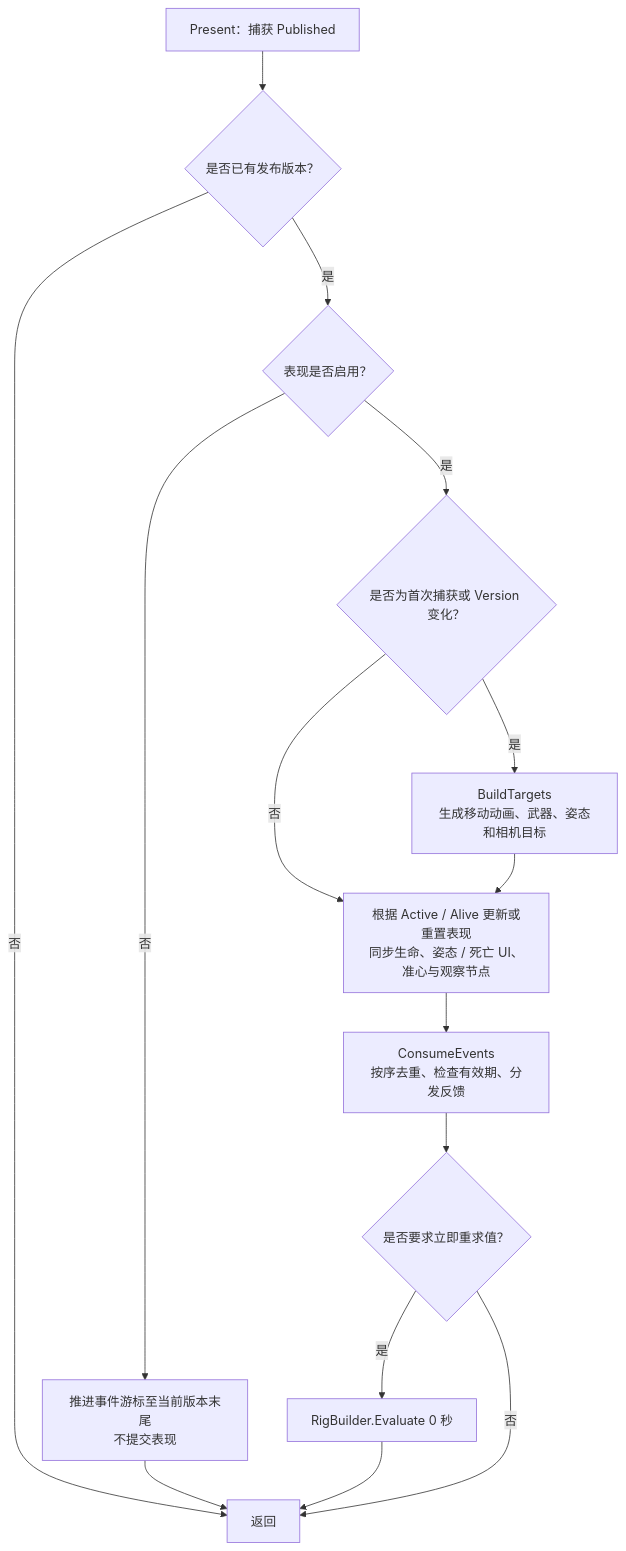
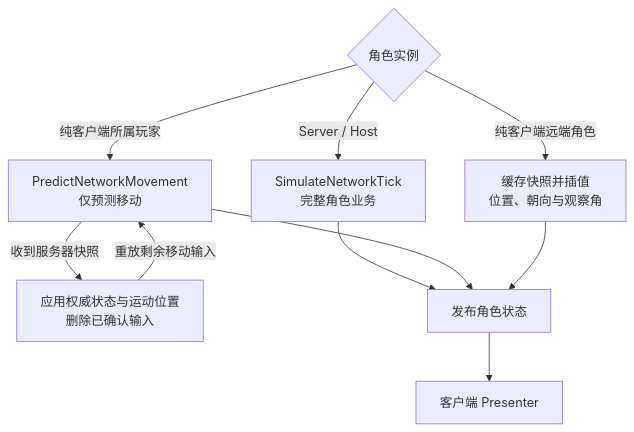
The fifth of 5 diagrams in Assets/文档/Player组件框架与调用时序.md (qwqwmwpwp/RPG-2), drawn with Mermaid before and after one commit. The commit also changed other lines of this file and 31734 other files, not shown here.

````diff
--- a/Assets/文档/Player组件框架与调用时序.md
+++ b/Assets/文档/Player组件框架与调用时序.md
@@ -162,17 +85,12 @@
 ```mermaid
 flowchart TB
-    C["Present：捕获 Published"] --> F{"是否已有发布版本？"}
-    F -->|否| End["返回"]
-    F -->|是| E{"表现是否启用？"}
-    E -->|否| Skip["推进事件游标至当前版本末尾<br/>不提交表现"]
-    Skip --> End
-    E -->|是| N{"是否为首次捕获或 Version 变化？"}
-    N -->|是| Build["BuildTargets<br/>生成移动动画、武器、姿态和相机目标"]
-    N -->|否| Apply
-    Build --> Apply["根据 Active / Alive 更新或重置表现<br/>同步生命、姿态 / 死亡 UI、准心与观察节点"]
-    Apply --> Event["ConsumeEvents<br/>按序去重、检查有效期、分发反馈"]
-    Event --> Eval{"是否要求立即重求值？"}
-    Eval -->|是| Rig["RigBuilder.Evaluate 0 秒"]
-    Rig --> End
-    Eval -->|否| End
+    Role{"角色实例"} -->|Server / Host| Authority["SimulateNetworkTick<br/>完整角色业务"]
+    Role -->|纯客户端所属玩家| Predict["PredictNetworkMovement<br/>仅预测移动"]
+    Predict -->|收到服务器快照| Correct["应用权威状态与运动位置<br/>删除已确认输入"]
+    Correct -->|重放剩余移动输入| Predict
+    Role -->|纯客户端远端角色| Remote["缓存快照并插值<br/>位置、朝向与观察角"]
+    Authority --> Frame["发布角色状态"]
+    Predict --> Frame
+    Remote --> Frame
+    Frame --> View["客户端 Presenter"]
 ```
````
